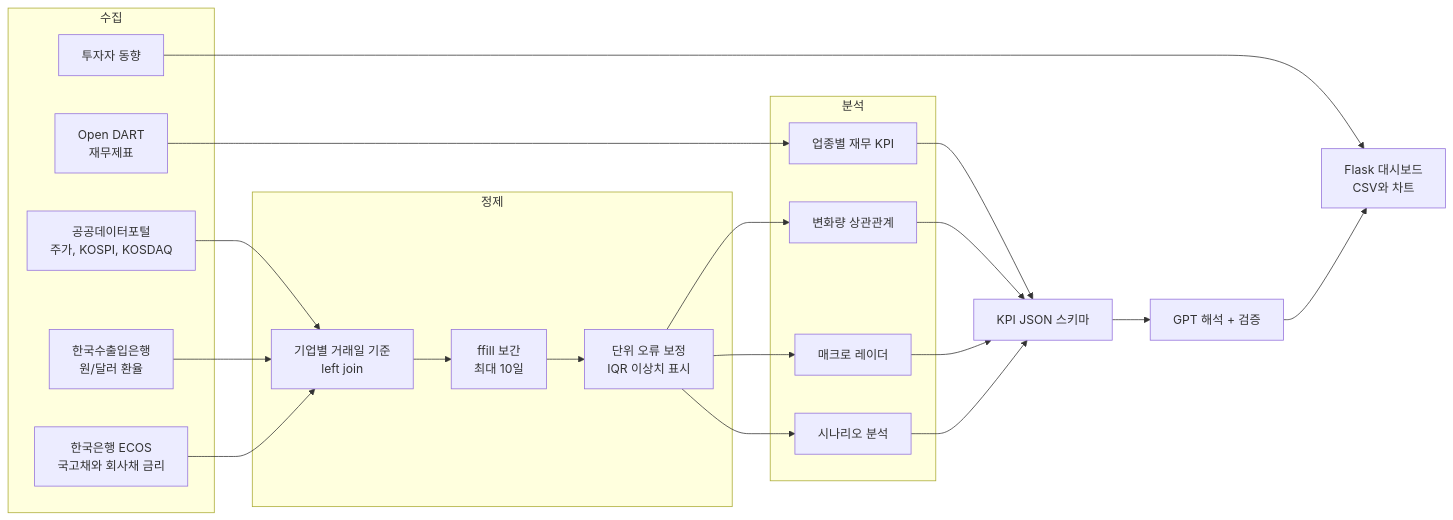
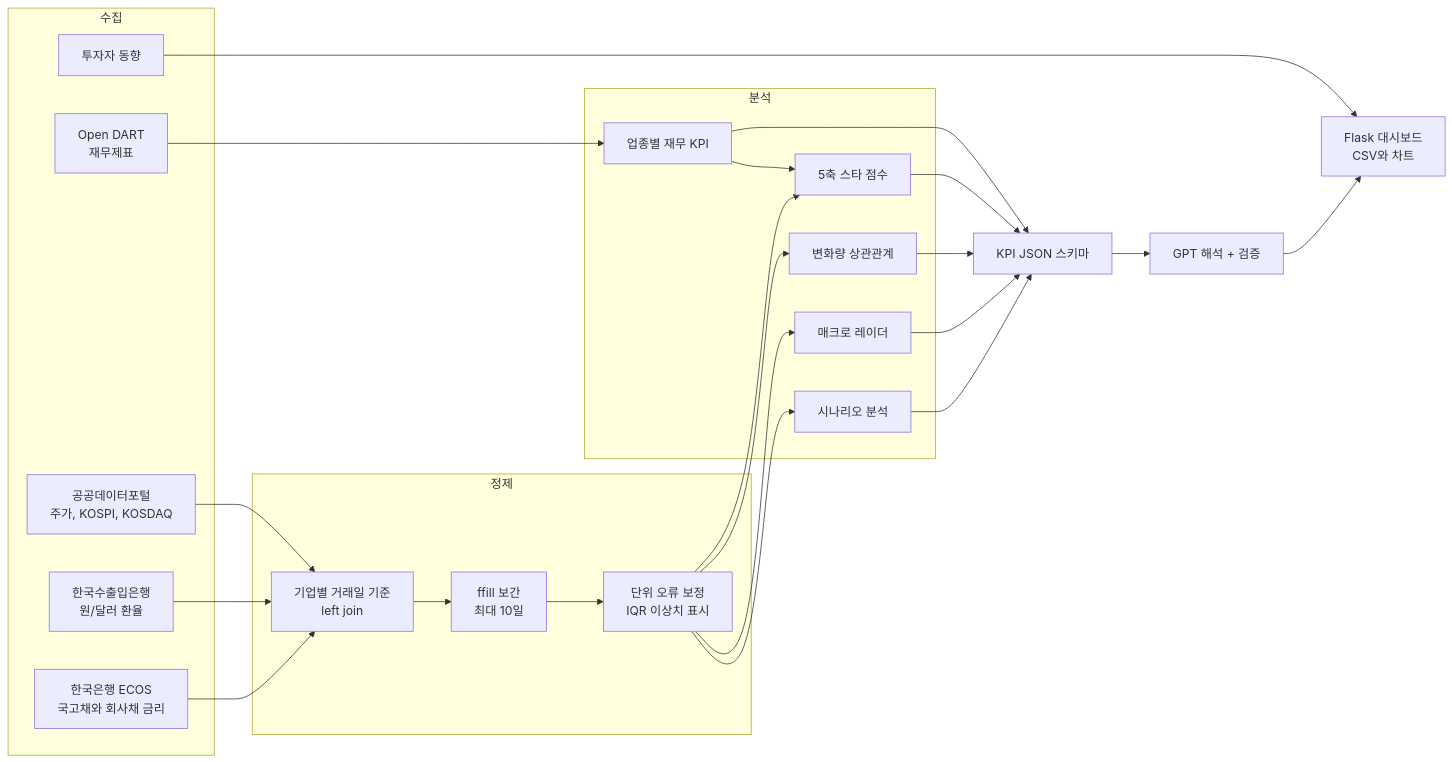
One commit to David9733/financial_analysis changed the diagram in README.md. Above: the diagram before and after it, drawn with Mermaid. The commit also changed other lines of this file and 19 other files, not shown here.

````diff
--- a/README.md
+++ b/README.md
@@ -42,26 +43,27 @@
 ```mermaid
 flowchart LR
     subgraph 수집
         A1[Open DART<br/>재무제표]
         A2[공공데이터포털<br/>주가, KOSPI, KOSDAQ]
         A3[한국수출입은행<br/>원/달러 환율]
         A4[한국은행 ECOS<br/>국고채와 회사채 금리]
         A5[투자자 동향]
     end
     subgraph 정제
         B1[기업별 거래일 기준<br/>left join]
         B2[ffill 보간<br/>최대 10일]
         B3[단위 오류 보정<br/>IQR 이상치 표시]
     end
     subgraph 분석
         C1[업종별 재무 KPI]
-        C2[변화량 상관관계]
-        C3[매크로 레이더]
-        C4[시나리오 분석]
+        C2[5축 스타 점수]
+        C3[변화량 상관관계]
+        C4[매크로 레이더]
+        C5[시나리오 분석]
     end
-    A1 --> C1
-    A2 & A3 & A4 --> B1 --> B2 --> B3 --> C2 & C3 & C4
-    C1 & C2 & C3 & C4 --> D[KPI JSON 스키마]
+    A1 --> C1 --> C2
+    A2 & A3 & A4 --> B1 --> B2 --> B3 --> C2 & C3 & C4 & C5
+    C1 & C2 & C3 & C4 & C5 --> D[KPI JSON 스키마]
     A5 --> E
     D --> G[GPT 해석 + 검증] --> E[Flask 대시보드<br/>CSV와 차트]
 ```
````
